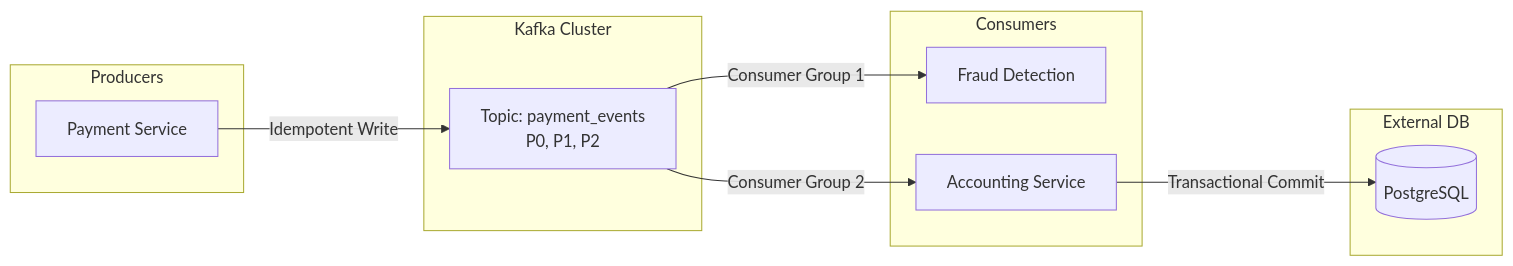
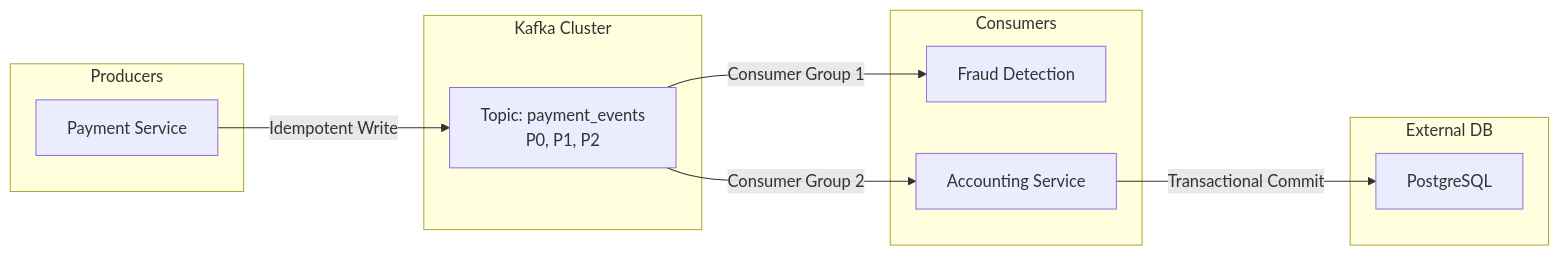
Before and after one commit to kythuatdulieu/kythuatdulieu.github.io: the diagram in src/content/docs/interview/kafka-design-interview.md, drawn with Mermaid. The commit also changed other lines of this file and 175 other files, not shown here.

Commit message:
docs: content audit, correct Mermaid diagrams, fix external links, and auto-inject popovers

````diff
--- a/src/content/docs/interview/kafka-design-interview.md
+++ b/src/content/docs/interview/kafka-design-interview.md
@@ -61,24 +61,26 @@
 ```mermaid
 graph LR
     subgraph Producers
-        A[Payment Service]
+        A["Payment Service"]
     end
 
-    subgraph Kafka Cluster
-        B[Topic: payment_events <br> P0, P1, P2]
+    subgraph "Kafka Cluster"
+        B["Topic: payment_events <br> P0, P1, P2"]
     end
 
     subgraph Consumers
-        C[Fraud Detection]
-        D[Accounting Service]
+        C["Fraud Detection"]
+        D["Accounting Service"]
     end
 
-    subgraph External DB
-        E[(PostgreSQL)]
+    subgraph "External DB"
+        E["PostgreSQL"]
     end
 
     A -- "Idempotent Write" --> B
     B -- "Consumer Group 1" --> C
     B -- "Consumer Group 2" --> D
     D -- "Transactional Commit" --> E
+
+
 ```
````
